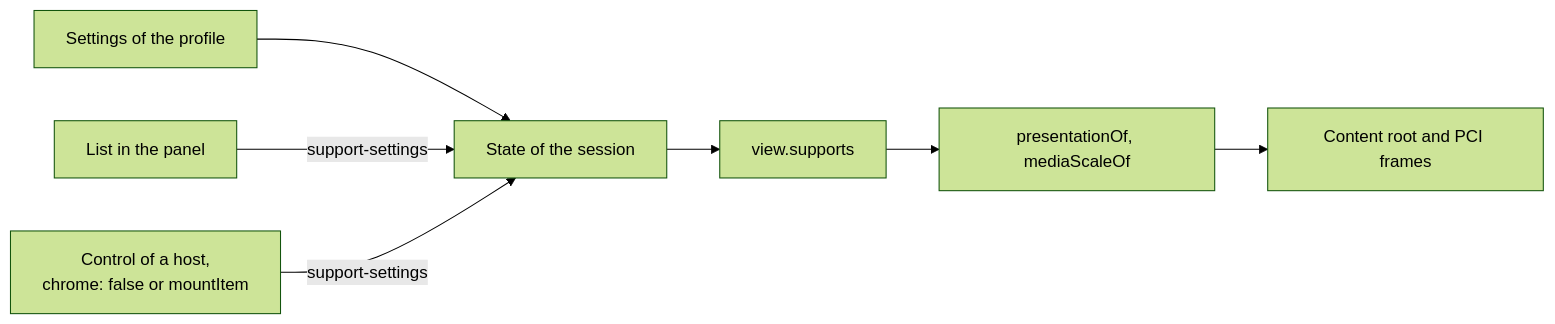
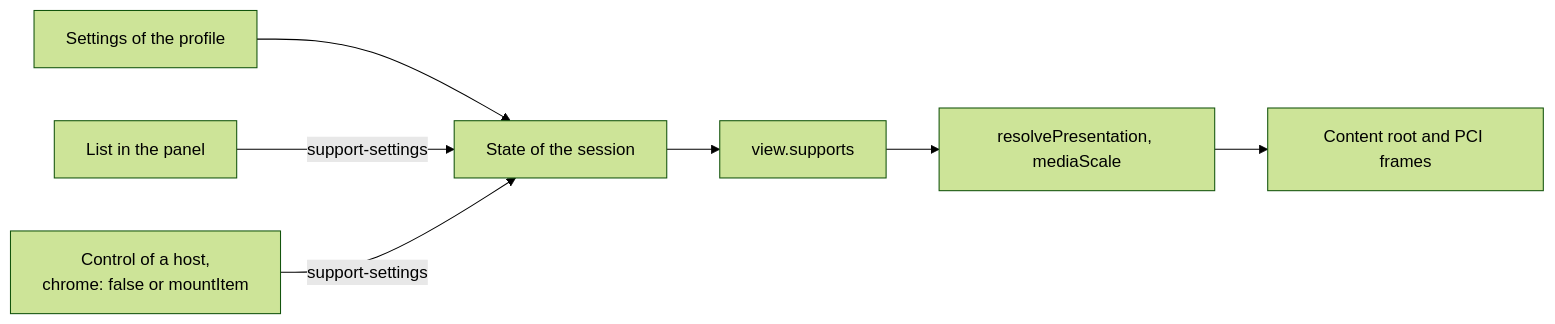
Before and after one commit to assesskit/assesskit: the second of 2 diagrams in docs/player/supports.md, drawn with Mermaid (forest theme). The commit also changed other lines of this file and 80 other files, not shown here.

````diff
--- a/docs/player/supports.md
+++ b/docs/player/supports.md
@@ -154,9 +154,9 @@
 ```mermaid
 flowchart LR
   profile["Settings of the profile"] --> state["State of the session"]
   list["List in the panel"] -- "support-settings" --> state
   host["Control of a host,<br/>chrome: false or mountItem"] -- "support-settings" --> state
   state --> view["view.supports"]
-  view --> look["presentationOf, mediaScaleOf"]
+  view --> look["resolvePresentation, mediaScale"]
   look --> root["Content root and PCI frames"]
 ```
````
